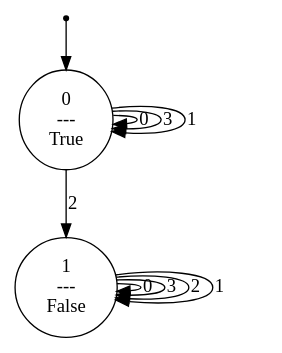
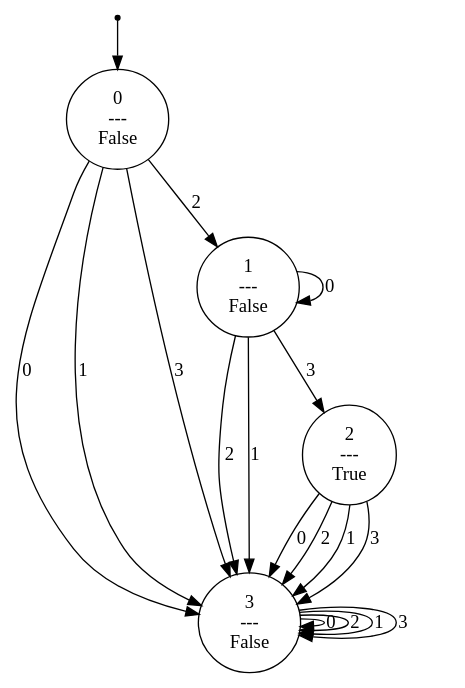
One commit to srnapls/history-rewards-for-pomdps changed the diagram in code/dot/m1.dot. Above: the diagram before and after it, drawn with Graphviz. The commit also changed 35 other files, not shown here.

```diff
--- a/code/dot/m1.dot
+++ b/code/dot/m1.dot
@@ -1,14 +1,24 @@
 digraph G {
 0 [label="", shape=point];
 0 -> 1;
-1 [label="0\n---\nTrue"];
-1 -> 1  [label=0];
-1 -> 1  [label=3];
+1 [label="0\n---\nFalse"];
+1 -> 4  [label=0];
 1 -> 2  [label=2];
-1 -> 1  [label=1];
+1 -> 4  [label=1];
+1 -> 4  [label=3];
 2 [label="1\n---\nFalse"];
 2 -> 2  [label=0];
-2 -> 2  [label=3];
-2 -> 2  [label=2];
-2 -> 2  [label=1];
+2 -> 4  [label=2];
+2 -> 4  [label=1];
+2 -> 3  [label=3];
+3 [label="2\n---\nTrue"];
+3 -> 4  [label=0];
+3 -> 4  [label=2];
+3 -> 4  [label=1];
+3 -> 4  [label=3];
+4 [label="3\n---\nFalse"];
+4 -> 4  [label=0];
+4 -> 4  [label=2];
+4 -> 4  [label=1];
+4 -> 4  [label=3];
 }
```
